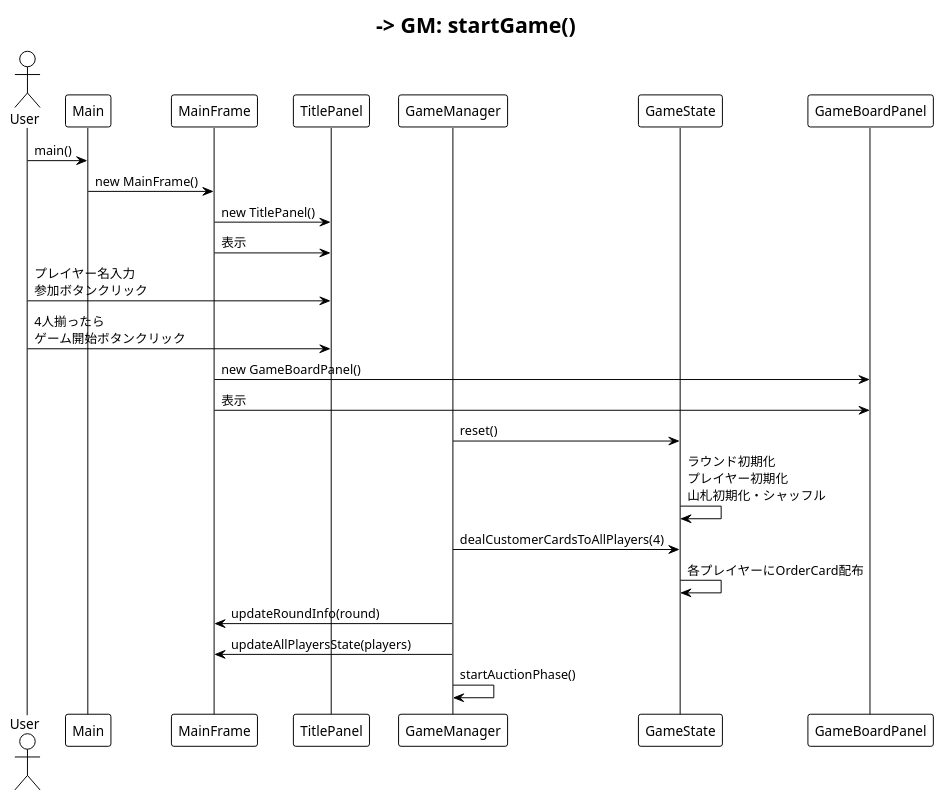
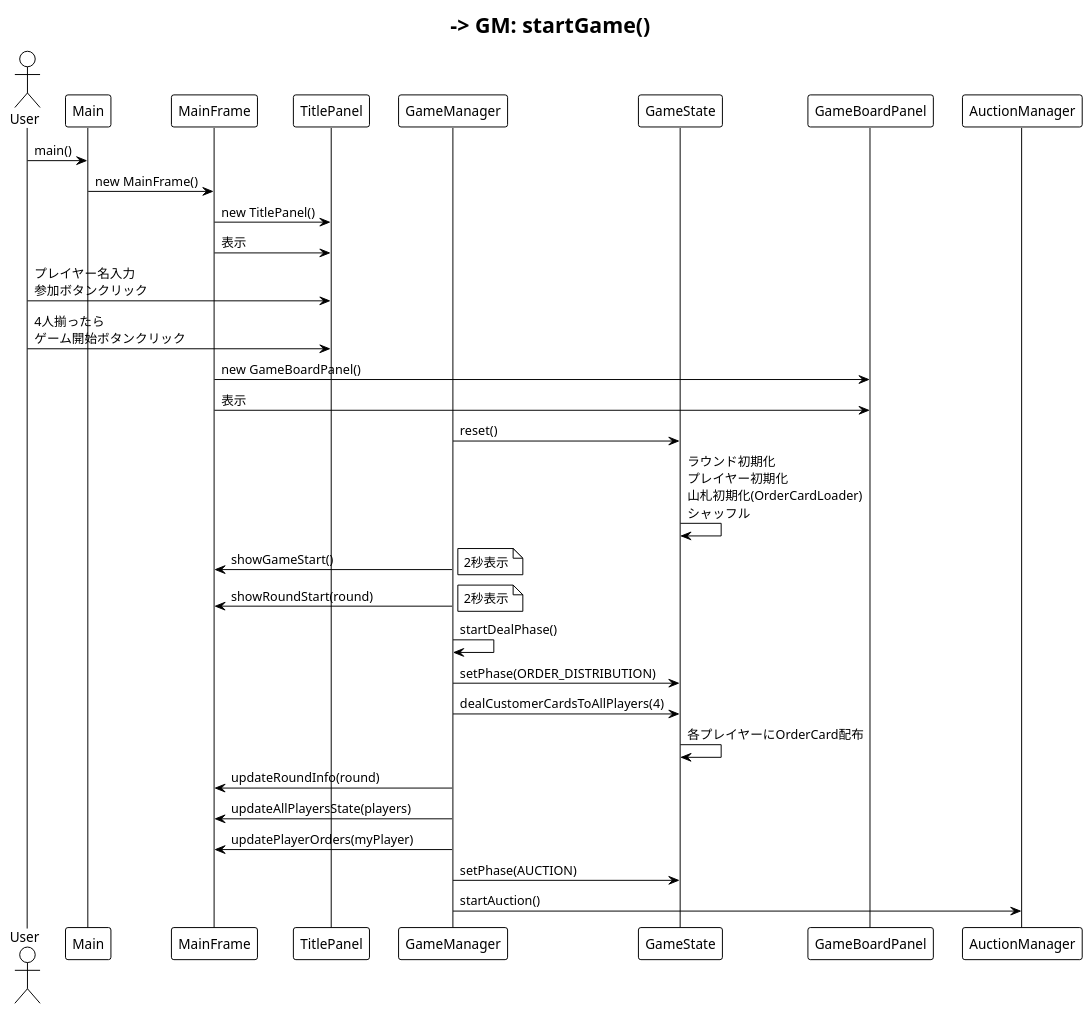
Before and after one commit to w2411765/media-programming: the diagram in diagrams/sequence-game-start.puml, drawn with PlantUML. The commit also changed 12 other files, not shown here.

Commit message:
Add class diagram for simplified presentation and update existing diagrams with new game logic. Enhance UI components for better visual feedback and interaction during gameplay, including button styling and layout adjustments in various panels.

```diff
--- a/diagrams/sequence-game-start.puml
+++ b/diagrams/sequence-game-start.puml
@@ -1,38 +1,49 @@
 @startuml
 !theme plain
 
 actor User
 participant "Main" as Main
 participant "MainFrame" as Frame
 participant "TitlePanel" as Title
 participant "GameManager" as GM
 participant "GameState" as GS
 participant "GameBoardPanel" as Board
+participant "AuctionManager" as AM
 
 User -> Main: main()
 Main -> Frame: new MainFrame()
 Frame -> Title: new TitlePanel()
 Frame -> Title: 表示
 
 User -> Title: プレイヤー名入力\n参加ボタンクリック
 Title -> Title: プレイヤー追加
 
 User -> Title: 4人揃ったら\nゲーム開始ボタンクリック
 Title -> Title: プレイヤーリストから\nPlayerオブジェクト作成
 Title -> GS: new GameState(players)
 Title -> GM: new GameManager(gameState, mainFrame)
 Title -> Frame: setGameManager(gameManager)
 Title -> Frame: switchToGameBoard()
 Frame -> Board: new GameBoardPanel()
 Frame -> Board: 表示
 
 Title -> GM: startGame()
 GM -> GS: reset()
-GS -> GS: ラウンド初期化\nプレイヤー初期化\n山札初期化・シャッフル
+GS -> GS: ラウンド初期化\nプレイヤー初期化\n山札初期化(OrderCardLoader)\nシャッフル
+GM -> Frame: showGameStart()
+note right: 2秒表示
+
+GM -> Frame: showRoundStart(round)
+note right: 2秒表示
+
+GM -> GM: startDealPhase()
+GM -> GS: setPhase(ORDER_DISTRIBUTION)
 GM -> GS: dealCustomerCardsToAllPlayers(4)
 GS -> GS: 各プレイヤーにOrderCard配布
 GM -> Frame: updateRoundInfo(round)
 GM -> Frame: updateAllPlayersState(players)
-GM -> GM: startAuctionPhase()
+GM -> Frame: updatePlayerOrders(myPlayer)
+GM -> GS: setPhase(AUCTION)
+GM -> AM: startAuction()
 
 @enduml
```
